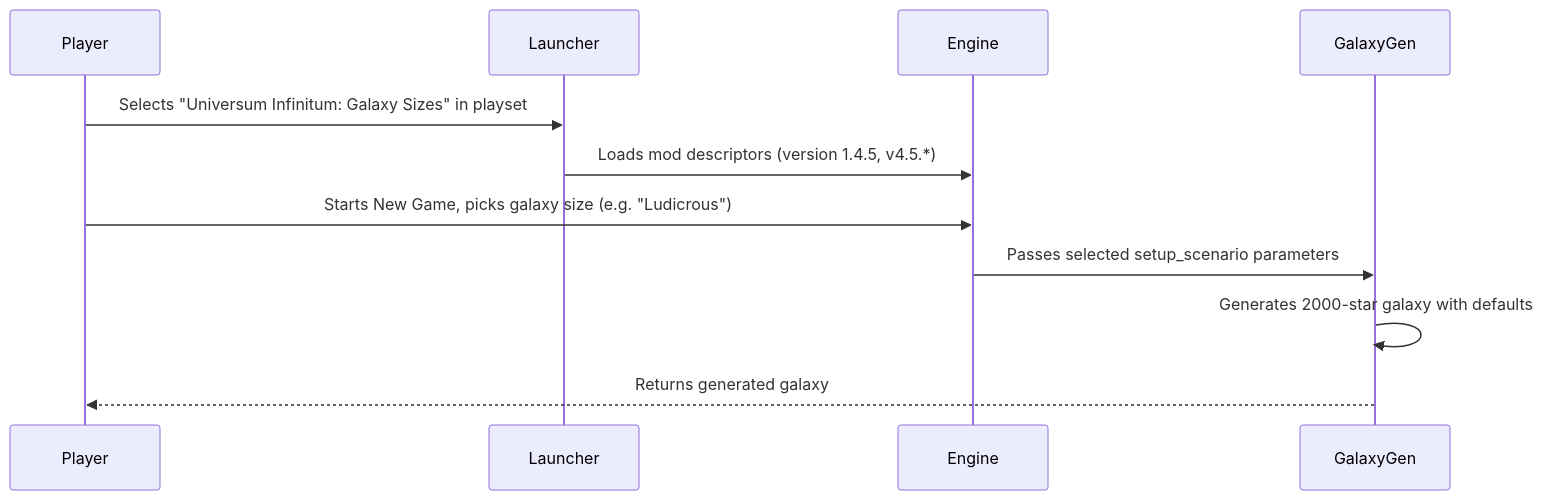
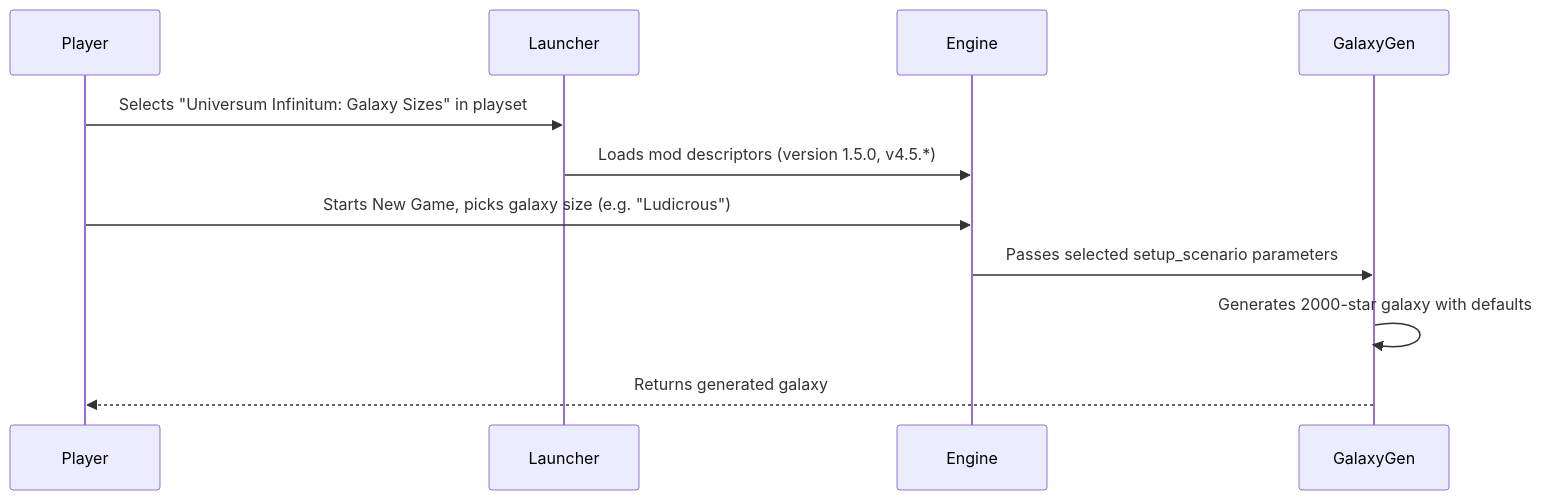
One commit to hmlendea/stellaris-ui-galaxy-sizes changed the third of 6 diagrams in ARCHITECTURE.md. Above: the diagram before and after it, drawn with Mermaid. The commit also changed other lines of this file and 32 other files, not shown here.

````diff
--- a/ARCHITECTURE.md
+++ b/ARCHITECTURE.md
@@ -61,13 +61,13 @@
 ```mermaid
 sequenceDiagram
     participant Player
     participant Launcher
     participant Engine
     participant GalaxyGen
     Player->>Launcher: Selects "Universum Infinitum: Galaxy Sizes" in playset
-    Launcher->>Engine: Loads mod descriptors (version 1.4.5, v4.5.*)
+    Launcher->>Engine: Loads mod descriptors (version 1.5.0, v4.5.*)
     Player->>Engine: Starts New Game, picks galaxy size (e.g. "Ludicrous")
     Engine->>GalaxyGen: Passes selected setup_scenario parameters
     GalaxyGen->>GalaxyGen: Generates 2000-star galaxy with defaults
     GalaxyGen-->>Player: Returns generated galaxy
 ```
````
